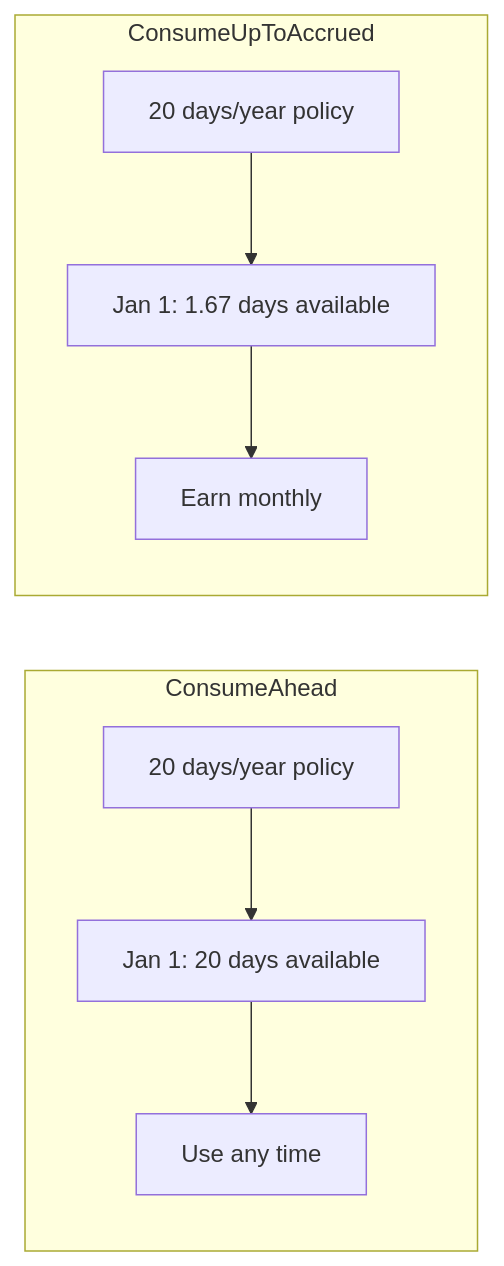
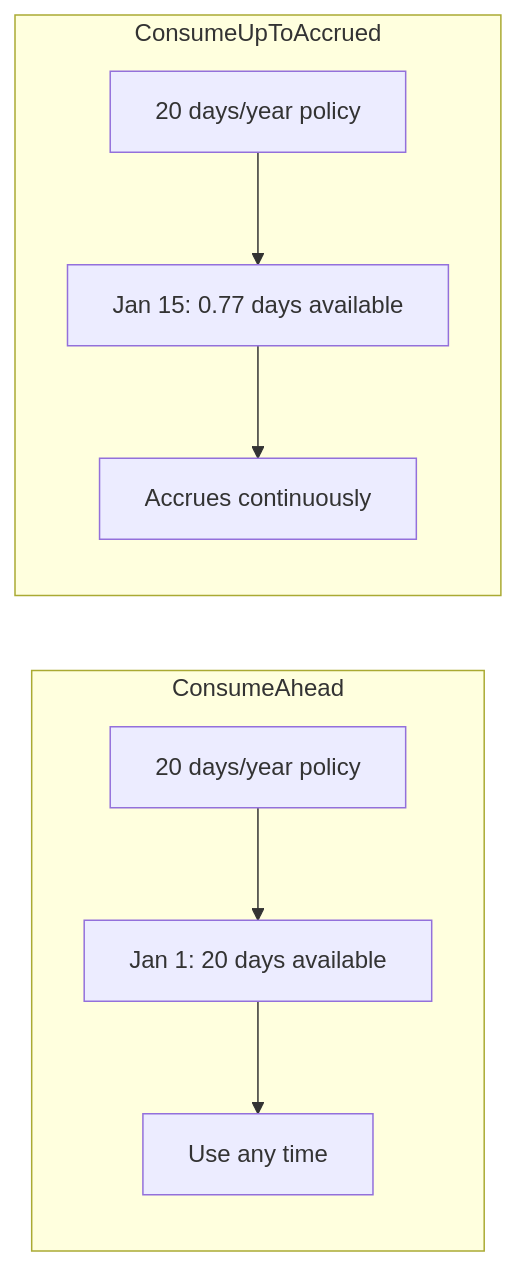
The first of 3 diagrams in README.md (AntoineToussaint/timeoff), drawn with Mermaid before and after one commit. The commit also changed other lines of this file, not shown here.

Commit message:
Clarify consumption modes - rate is configurable

````diff
--- a/README.md
+++ b/README.md
@@ -53,16 +53,16 @@
 ```mermaid
 graph LR
     subgraph CA[ConsumeAhead]
         CA1[20 days/year policy]
         CA2[Jan 1: 20 days available]
         CA3[Use any time]
         CA1 --> CA2 --> CA3
     end
     
     subgraph CU[ConsumeUpToAccrued]
         CU1[20 days/year policy]
-        CU2[Jan 1: 1.67 days available]
-        CU3[Earn monthly]
+        CU2[Jan 15: 0.77 days available]
+        CU3[Accrues continuously]
         CU1 --> CU2 --> CU3
     end
 ```
````
